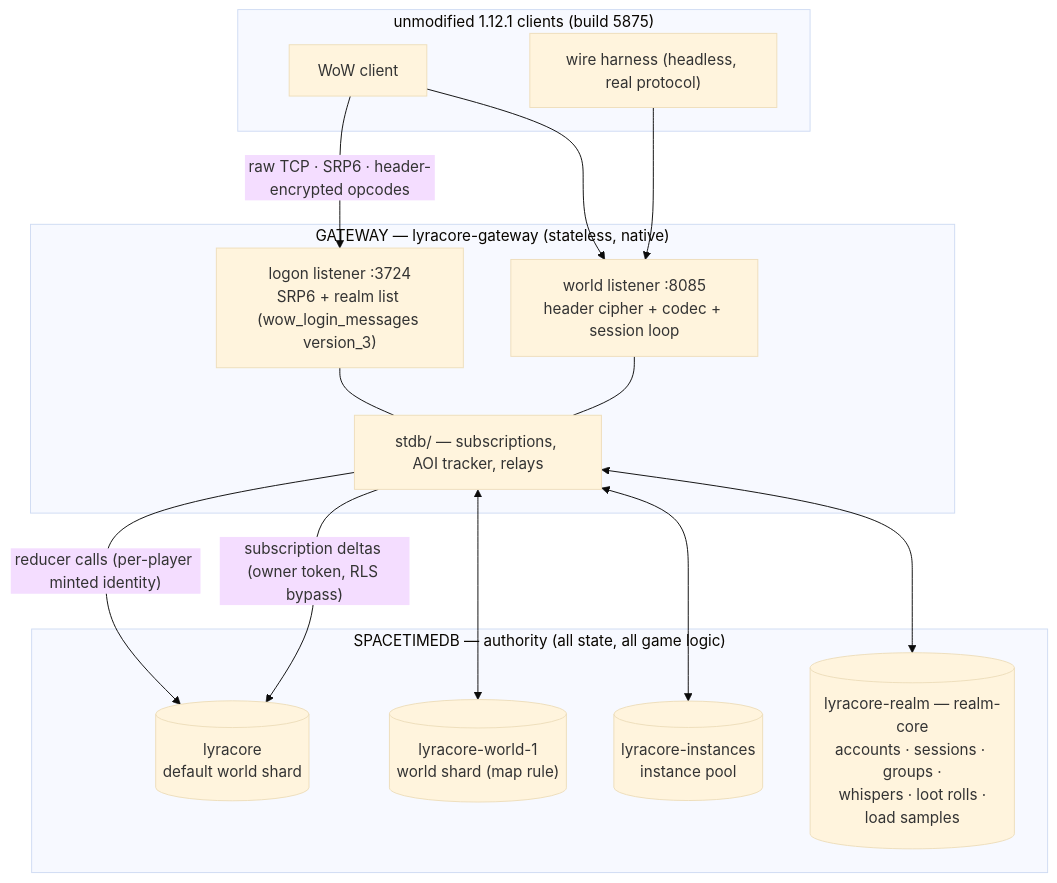
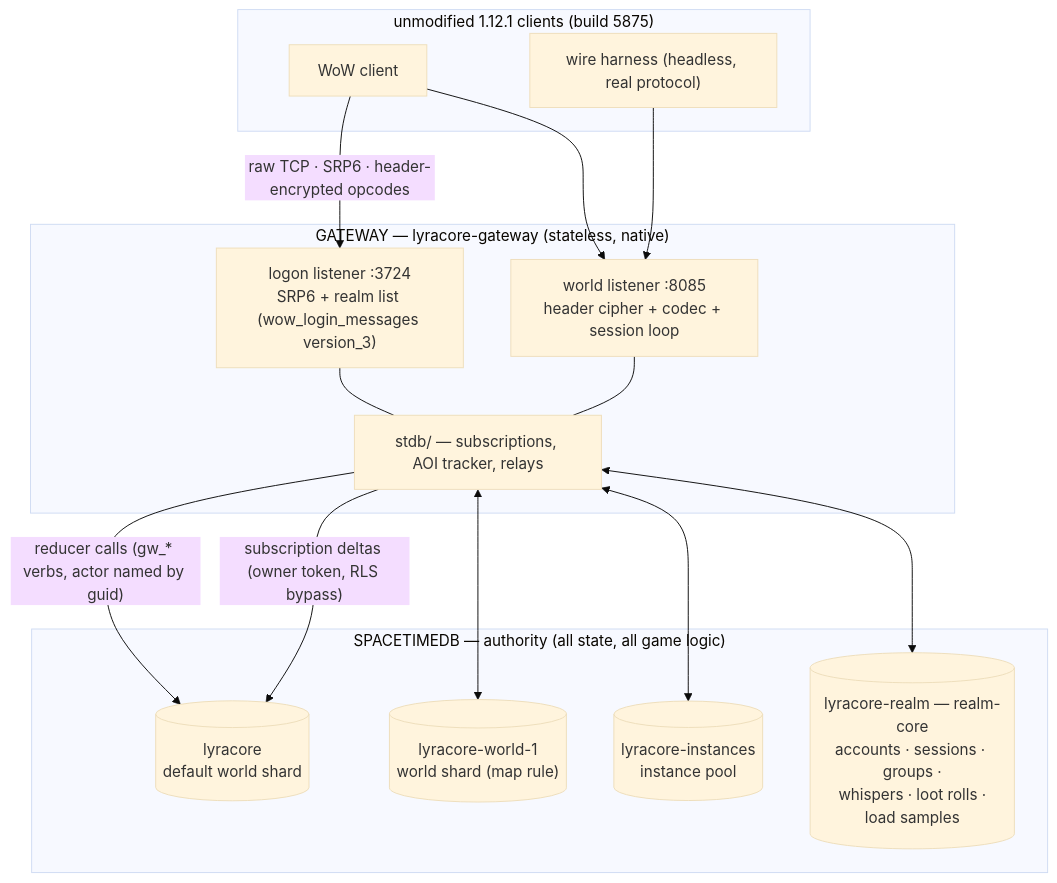
The diagram in docs/architecture.md (LyraCoreProject/LyraCore), drawn with Mermaid (base theme) before and after one commit. The commit also changed other lines of this file and 98 other files, not shown here.

````diff
--- a/docs/architecture.md
+++ b/docs/architecture.md
@@ -27,31 +27,31 @@
 ```mermaid
 flowchart TB
     subgraph clients["unmodified 1.12.1 clients (build 5875)"]
         C1["WoW client"]
         C2["wire harness (headless, real protocol)"]
     end
 
     subgraph gw["GATEWAY — lyracore-gateway (stateless, native)"]
         LOGON["logon listener :3724<br/>SRP6 + realm list (wow_login_messages version_3)"]
         WORLD["world listener :8085<br/>header cipher + codec + session loop"]
         SUBS["stdb/ — subscriptions, AOI tracker, relays"]
     end
 
     subgraph stdb["SPACETIMEDB — authority (all state, all game logic)"]
         W0[("lyracore<br/>default world shard")]
         W1[("lyracore-world-1<br/>world shard (map rule)")]
         INST[("lyracore-instances<br/>instance pool")]
         RC[("lyracore-realm — realm-core<br/>accounts · sessions · groups ·<br/>whispers · loot rolls ·<br/>load samples")]
     end
 
     C1 -- "raw TCP · SRP6 · header-encrypted opcodes" --> LOGON
     C1 --> WORLD
     C2 --> WORLD
     LOGON --- SUBS
     WORLD --- SUBS
-    SUBS -- "reducer calls (per-player minted identity)" --> W0
+    SUBS -- "reducer calls (gw_* verbs, actor named by guid)" --> W0
     SUBS -- "subscription deltas (owner token, RLS bypass)" --> W0
     SUBS <--> W1
     SUBS <--> INST
     SUBS <--> RC
 ```
````
